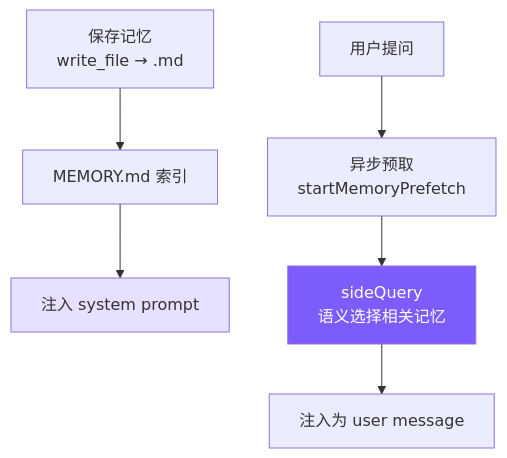
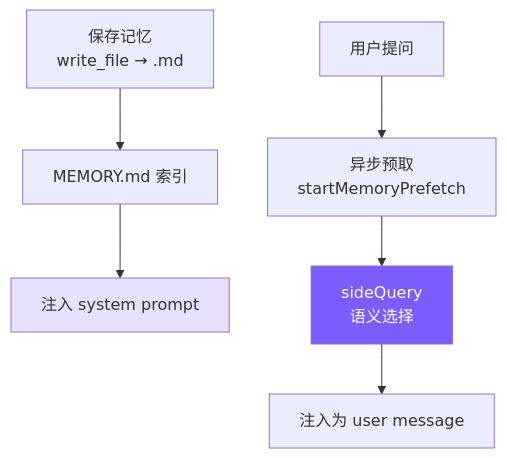
One commit to joinmouse/claude-code-mini changed the diagram in docs/08-memory.md. Above: the diagram before and after it, drawn with Mermaid. The commit also changed other lines of this file and 30 other files, not shown here.

````diff
--- a/docs/08-memory.md
+++ b/docs/08-memory.md
@@ -7,11 +5,11 @@
 ```mermaid
 graph TB
     Save[保存记忆<br/>write_file → .md] --> Index[MEMORY.md 索引]
     Index --> Inject[注入 system prompt]
     Query[用户提问] --> Prefetch[异步预取<br/>startMemoryPrefetch]
-    Prefetch --> SideQuery[sideQuery<br/>语义选择相关记忆]
+    Prefetch --> SideQuery[sideQuery<br/>语义选择]
     SideQuery --> Recall[注入为 user message]
 
     style SideQuery fill:#7c5cfc,color:#fff
     style Inject fill:#e8e0ff
 ```
````
